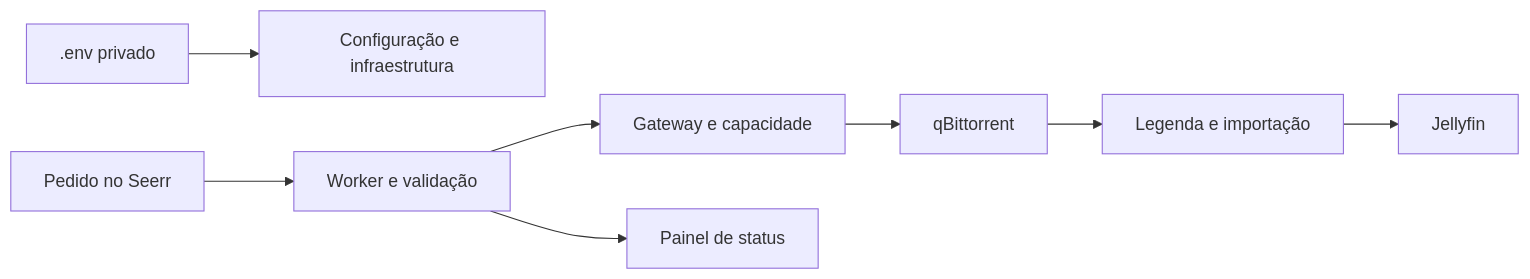
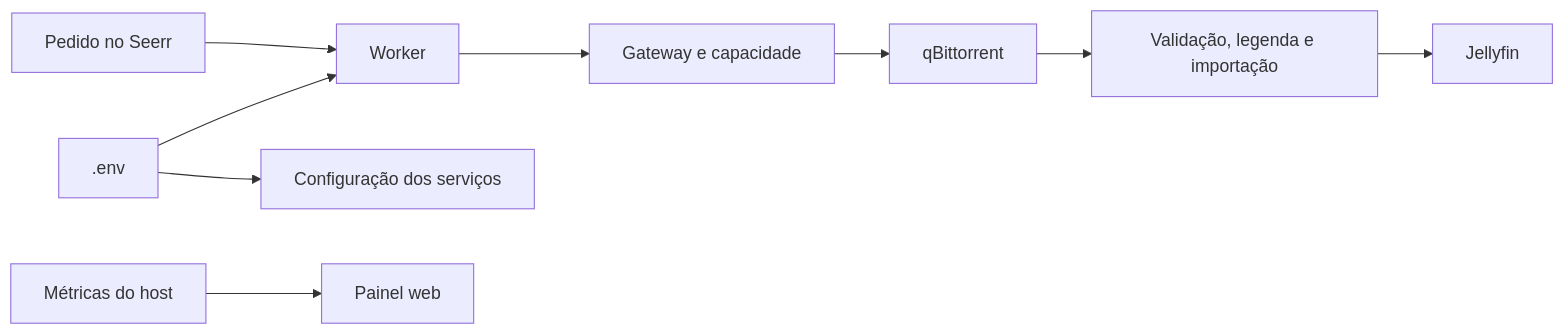
Before and after one commit to reisguilherme/homelab-mediaserver: the diagram in README.md, drawn with Mermaid. The commit also changed other lines of this file and 137 other files, not shown here.

````diff
--- a/README.md
+++ b/README.md
@@ -14,8 +14,9 @@
 ```mermaid
 flowchart LR
-  E[.env privado] --> C[Configuração e infraestrutura]
-  S[Pedido no Seerr] --> W[Worker e validação]
+  S[Pedido no Seerr] --> W[Worker]
   W --> G[Gateway e capacidade] --> Q[qBittorrent]
-  Q --> I[Legenda e importação] --> J[Jellyfin]
-  W --> P[Painel de status]
+  Q --> I[Validação, legenda e importação] --> J[Jellyfin]
+  E[.env] --> W
+  E --> O[Configuração dos serviços]
+  M[Métricas do host] --> P[Painel web]
 ```
````
